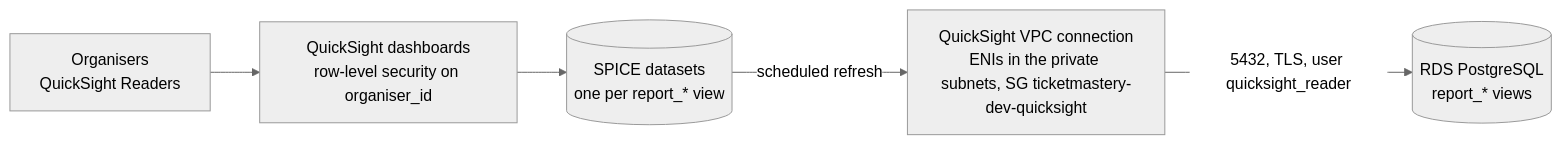
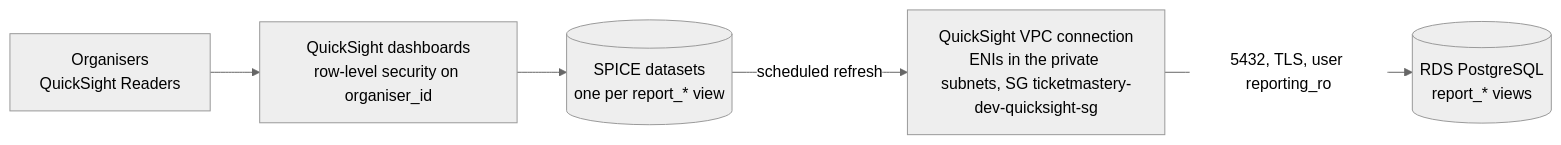
Before and after one commit to tayelroy/TicketMastery: the diagram in docs/reporting.md, drawn with Mermaid (neutral theme). The commit also changed other lines of this file and 16 other files, not shown here.

First line of the commit message:
feat(uc5): QuickSight dashboard over the reporting views

````diff
--- a/docs/reporting.md
+++ b/docs/reporting.md
@@ -65,7 +74,7 @@
 ```mermaid
 flowchart LR
   org[Organisers<br/>QuickSight Readers] --> dash[QuickSight dashboards<br/>row-level security on organiser_id]
   dash --> spice[(SPICE datasets<br/>one per report_* view)]
-  spice -- scheduled refresh --> vpcc[QuickSight VPC connection<br/>ENIs in the private subnets, SG ticketmastery-dev-quicksight]
-  vpcc -- "5432, TLS, user quicksight_reader" --> rds[(RDS PostgreSQL<br/>report_* views)]
+  spice -- scheduled refresh --> vpcc[QuickSight VPC connection<br/>ENIs in the private subnets, SG ticketmastery-dev-quicksight-sg]
+  vpcc -- "5432, TLS, user reporting_ro" --> rds[(RDS PostgreSQL<br/>report_* views)]
 ```
````
